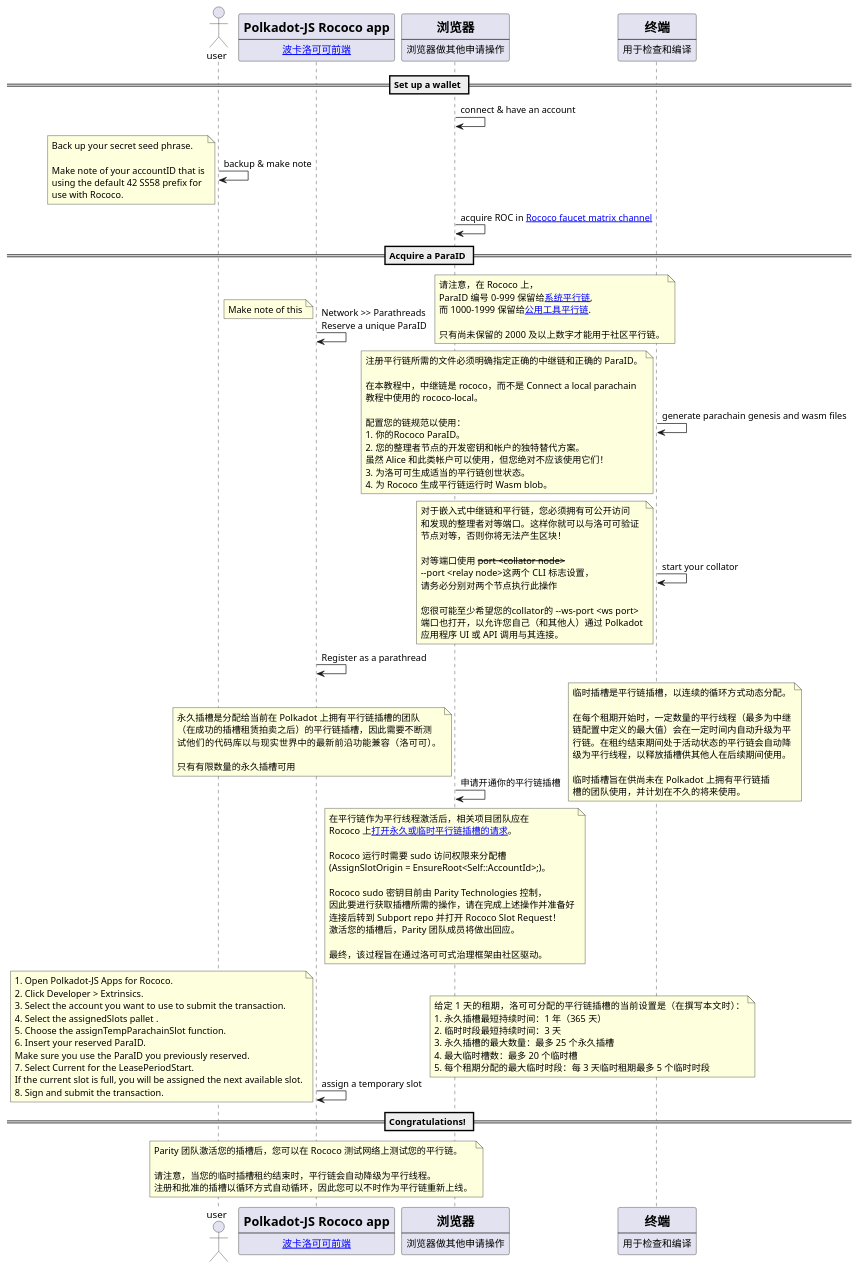
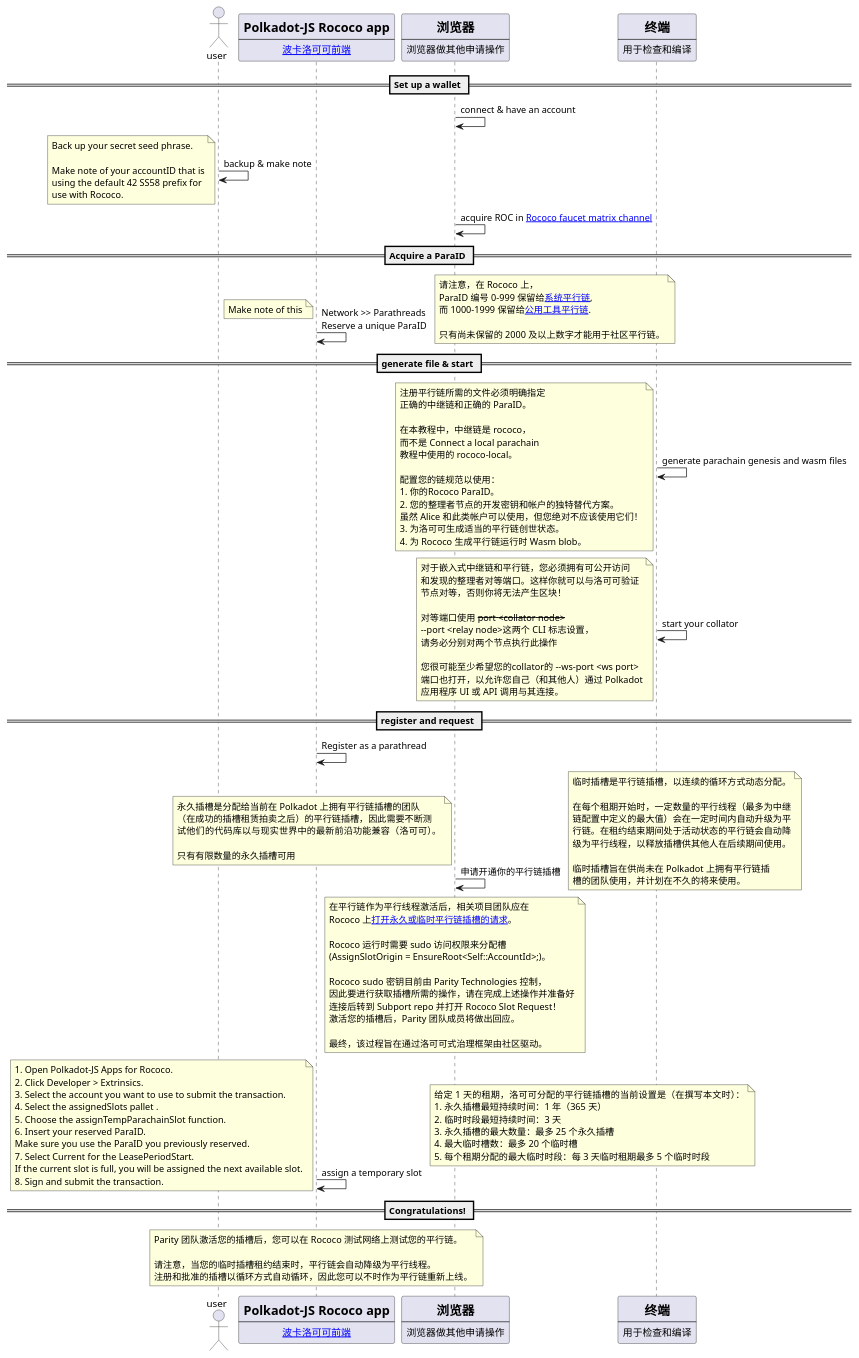
One commit to KuanHsiaoKuo/programming_anatomy_in_rust changed the diagram in materials/plantumls/substrate_tutorials/connect-with-other-chains/connect-to-rococo-testnet.puml. Above: the diagram before and after it, drawn with PlantUML. The commit also changed 2 other files, not shown here.

```diff
--- a/materials/plantumls/substrate_tutorials/connect-with-other-chains/connect-to-rococo-testnet.puml
+++ b/materials/plantumls/substrate_tutorials/connect-with-other-chains/connect-to-rococo-testnet.puml
@@ -1,129 +1,133 @@
 @startuml
 actor user
 participant pkjs [
     =Polkadot-JS Rococo app
     ----
     [[https://polkadot.js.org/apps/?rpc=wss%3A%2F%2Frococo-rpc.polkadot.io#/explorer 波卡洛可可前端]]
 ]
 participant browser[
     =浏览器
     ----
     浏览器做其他申请操作
 ]
 participant terminal [
     =终端
     ----
     用于检查和编译
 ]
 == Set up a wallet ==
 browser -> browser: connect & have an account
 user -> user: backup & make note
 note left
 Back up your secret seed phrase.
 
 Make note of your accountID that is
 using the default 42 SS58 prefix for
 use with Rococo.
 end note
 browser -> browser: acquire ROC in [[https://matrix.to/#/#rococo-faucet:matrix.org Rococo faucet matrix channel]]
 == Acquire a ParaID ==
 pkjs -> pkjs: Network >> Parathreads\nReserve a unique ParaID
 note left: Make note of this
 note right
 请注意，在 Rococo 上，
 ParaID 编号 0-999 保留给[[https://wiki.polkadot.network/docs/learn-common-goods#system-level-chains 系统平行链]],
 而 1000-1999 保留给[[https://wiki.polkadot.network/docs/learn-common-goods#public-utility-chains 公用工具平行链]].
 
 只有尚未保留的 2000 及以上数字才能用于社区平行链。
 end note
+== generate file & start ==
 terminal -> terminal: generate parachain genesis and wasm files
 note left
-注册平行链所需的文件必须明确指定正确的中继链和正确的 ParaID。
+注册平行链所需的文件必须明确指定
+正确的中继链和正确的 ParaID。
 
-在本教程中，中继链是 rococo，而不是 Connect a local parachain
+在本教程中，中继链是 rococo，
+而不是 Connect a local parachain
 教程中使用的 rococo-local。
 
 配置您的链规范以使用：
 1. 你的Rococo ParaID。
 2. 您的整理者节点的开发密钥和帐户的独特替代方案。
 虽然 Alice 和此类帐户可以使用，但您绝对不应该使用它们！
 3. 为洛可可生成适当的平行链创世状态。
 4. 为 Rococo 生成平行链运行时 Wasm blob。
 end note
 terminal -> terminal: start your collator
 note left
 对于嵌入式中继链和平行链，您必须拥有可公开访问
 和发现的整理者对等端口。这样你就可以与洛可可验证
 节点对等，否则你将无法产生区块！
 
 对等端口使用 --port <collator node>--
 --port <relay node>这两个 CLI 标志设置，
 请务必分别对两个节点执行此操作
 
 您很可能至少希望您的collator的 --ws-port <ws port>
 端口也打开，以允许您自己（和其他人）通过 Polkadot
 应用程序 UI 或 API 调用与其连接。
 end note
+== register and request ==
 pkjs -> pkjs: Register as a parathread
 browser -> browser: 申请开通你的平行链插槽
 note over of browser
 在平行链作为平行线程激活后，相关项目团队应在
 Rococo 上[[https://github.com/paritytech/subport/issues/new?assignees=&labels=Rococo&template=rococo.yaml 打开永久或临时平行链插槽的请求]]。
 
 Rococo 运行时需要 sudo 访问权限来分配槽
 (AssignSlotOrigin = EnsureRoot<Self::AccountId>;)。
 
 Rococo sudo 密钥目前由 Parity Technologies 控制，
 因此要进行获取插槽所需的操作，请在完成上述操作并准备好
 连接后转到 Subport repo 并打开 Rococo Slot Request！
 激活您的插槽后，Parity 团队成员将做出回应。
 
 最终，该过程旨在通过洛可可式治理框架由社区驱动。
 end note
 note left
 永久插槽是分配给当前在 Polkadot 上拥有平行链插槽的团队
 （在成功的插槽租赁拍卖之后）的平行链插槽，因此需要不断测
 试他们的代码库以与现实世界中的最新前沿功能兼容（洛可可）。
 
 只有有限数量的永久插槽可用
 end note
 note right
 临时插槽是平行链插槽，以连续的循环方式动态分配。
 
 在每个租期开始时，一定数量的平行线程（最多为中继
 链配置中定义的最大值）会在一定时间内自动升级为平
 行链。在租约结束期间处于活动状态的平行链会自动降
 级为平行线程，以释放插槽供其他人在后续期间使用。
 
 临时插槽旨在供尚未在 Polkadot 上拥有平行链插
 槽的团队使用，并计划在不久的将来使用。
 end note
 pkjs -> pkjs: assign a temporary slot
 note left
 1. Open Polkadot-JS Apps for Rococo.
 2. Click Developer > Extrinsics.
 3. Select the account you want to use to submit the transaction.
 4. Select the assignedSlots pallet .
 5. Choose the assignTempParachainSlot function.
 6. Insert your reserved ParaID.
 Make sure you use the ParaID you previously reserved.
 7. Select Current for the LeasePeriodStart.
 If the current slot is full, you will be assigned the next available slot.
 8. Sign and submit the transaction.
 end note
 note right
 给定 1 天的租期，洛可可分配的平行链插槽的当前设置是（在撰写本文时）：
 1. 永久插槽最短持续时间：1 年（365 天）
 2. 临时时段最短持续时间：3 天
 3. 永久插槽的最大数量：最多 25 个永久插槽
 4. 最大临时槽数：最多 20 个临时槽
 5. 每个租期分配的最大临时时段：每 3 天临时租期最多 5 个临时时段
 end note
 == Congratulations! ==
 note over of pkjs
 Parity 团队激活您的插槽后，您可以在 Rococo 测试网络上测试您的平行链。
 
 请注意，当您的临时插槽租约结束时，平行链会自动降级为平行线程。
 注册和批准的插槽以循环方式自动循环，因此您可以不时作为平行链重新上线。
 end note
 @enduml
```
